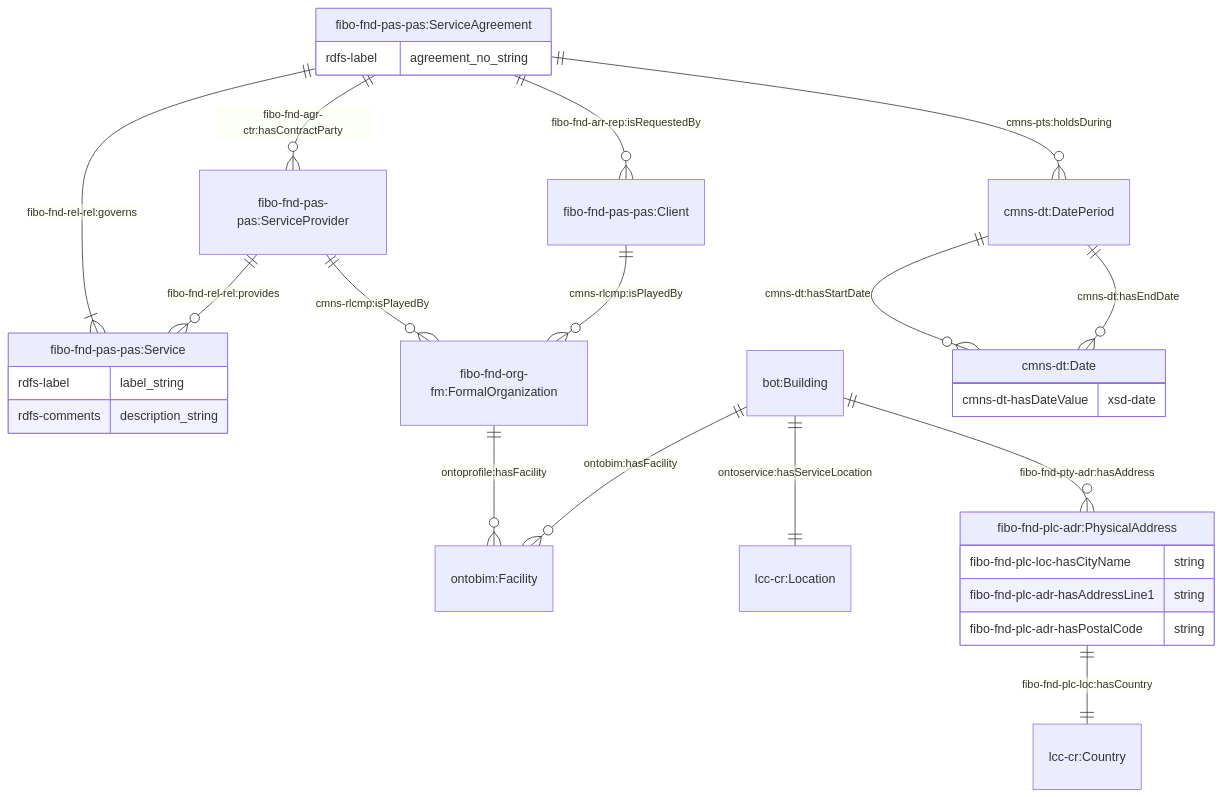
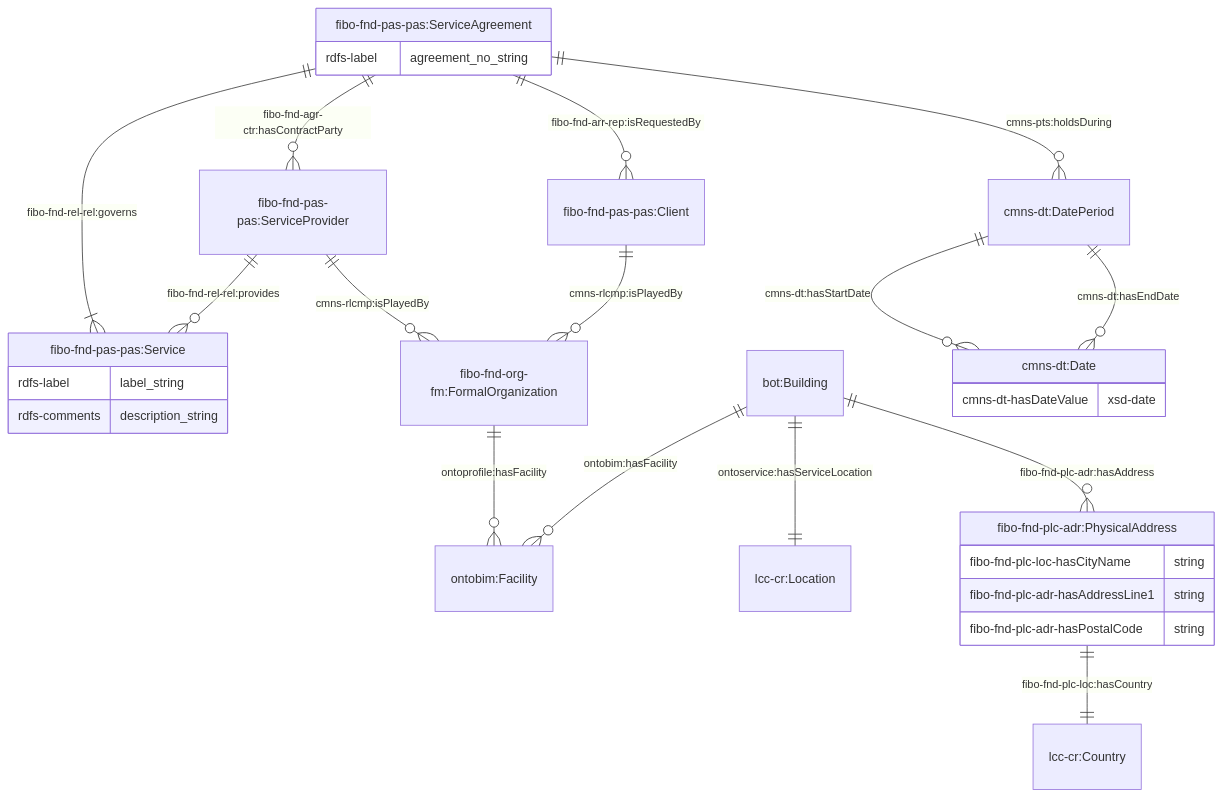
One commit to cambridge-cares/TheWorldAvatar changed the first of 10 diagrams in JPS_Ontology/ontology/ontoservice/README.md. Above: the diagram before and after it, drawn with Mermaid.

Commit message:
dev-ontoservice-lifecycle: Fix typo in readme

````diff
--- a/JPS_Ontology/ontology/ontoservice/README.md
+++ b/JPS_Ontology/ontology/ontoservice/README.md
@@ -62,36 +62,36 @@
 ```mermaid
     erDiagram
     "fibo-fnd-pas-pas:ServiceAgreement" {
         rdfs-label agreement_no_string
     }
     "fibo-fnd-pas-pas:ServiceAgreement" ||--|{ "fibo-fnd-pas-pas:Service" : "fibo-fnd-rel-rel:governs"
     "fibo-fnd-pas-pas:Service" {
         rdfs-label label_string
         rdfs-comments description_string
     }
     "fibo-fnd-org-fm:FormalOrganization" ||--o{ "ontobim:Facility" : "ontoprofile:hasFacility "
 
     "bot:Building" ||--|| "lcc-cr:Location" : "ontoservice:hasServiceLocation"
     "bot:Building" ||--o{ "ontobim:Facility" : "ontobim:hasFacility "
-    "bot:Building" ||--o{ "fibo-fnd-plc-adr:PhysicalAddress" : "fibo-fnd-pty-adr:hasAddress"
+    "bot:Building" ||--o{ "fibo-fnd-plc-adr:PhysicalAddress" : "fibo-fnd-plc-adr:hasAddress"
     "fibo-fnd-plc-adr:PhysicalAddress" ||--|| "lcc-cr:Country" : "fibo-fnd-plc-loc:hasCountry"
     "fibo-fnd-plc-adr:PhysicalAddress" {
         fibo-fnd-plc-loc-hasCityName string
         fibo-fnd-plc-adr-hasAddressLine1 string
         fibo-fnd-plc-adr-hasPostalCode string
     }
 
     "fibo-fnd-pas-pas:ServiceAgreement" ||--o{ "cmns-dt:DatePeriod" : "cmns-pts:holdsDuring"
     "cmns-dt:DatePeriod" ||--o{ "cmns-dt:Date" : "cmns-dt:hasStartDate"
     "cmns-dt:DatePeriod" ||--o{ "cmns-dt:Date" : "cmns-dt:hasEndDate"
     "cmns-dt:Date" {
         cmns-dt-hasDateValue xsd-date
     }
 
     "fibo-fnd-pas-pas:ServiceAgreement" ||--o{ "fibo-fnd-pas-pas:Client" : "fibo-fnd-arr-rep:isRequestedBy"
     "fibo-fnd-pas-pas:ServiceAgreement" ||--o{ "fibo-fnd-pas-pas:ServiceProvider" : "fibo-fnd-agr-ctr:hasContractParty"
 
     "fibo-fnd-pas-pas:ServiceProvider" ||--o{ "fibo-fnd-org-fm:FormalOrganization"  : "cmns-rlcmp:isPlayedBy"
     "fibo-fnd-pas-pas:ServiceProvider" ||--o{ "fibo-fnd-pas-pas:Service"  : "fibo-fnd-rel-rel:provides"
     "fibo-fnd-pas-pas:Client" ||--o{ "fibo-fnd-org-fm:FormalOrganization"  : "cmns-rlcmp:isPlayedBy"
 ```
````
